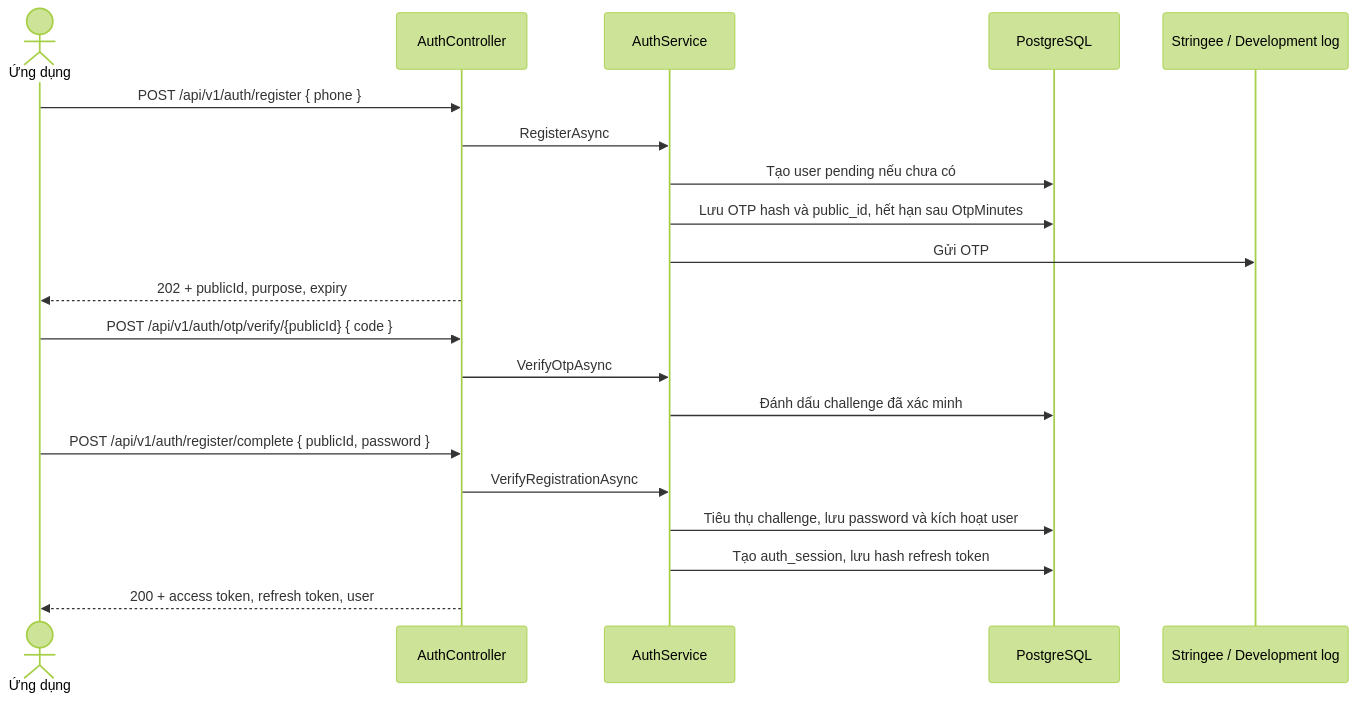
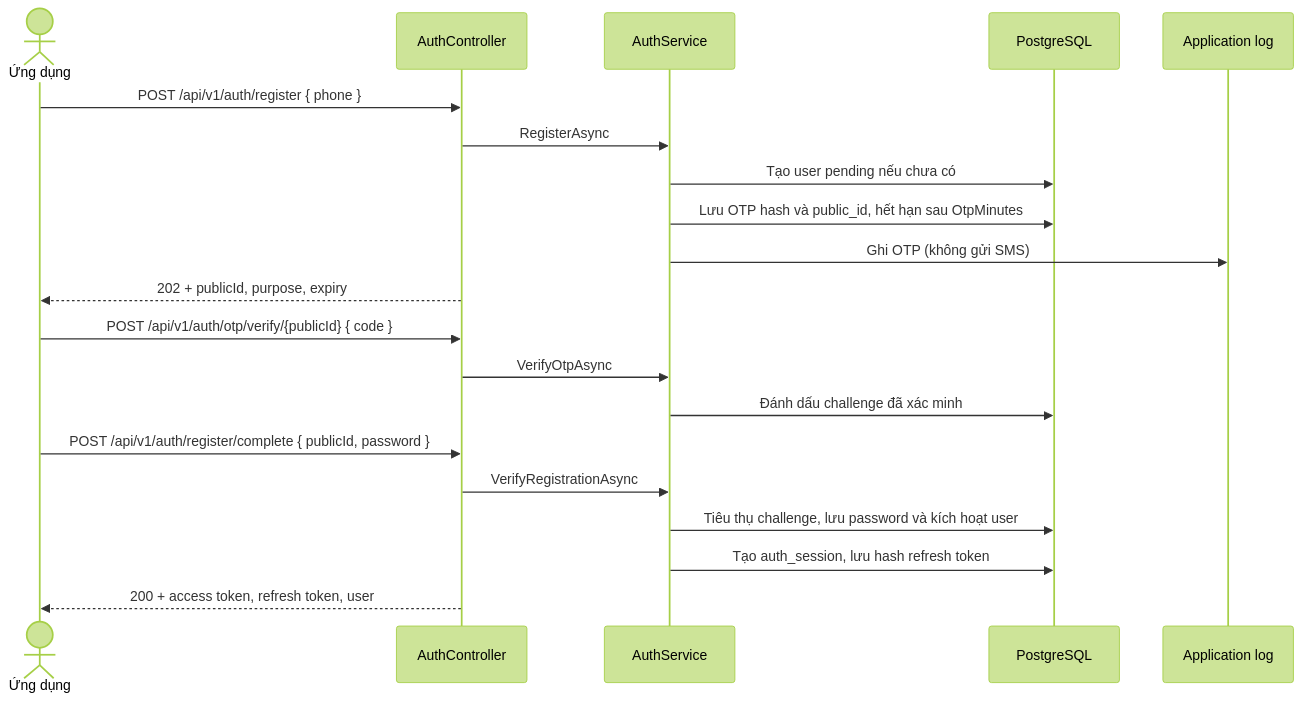
Before and after one commit to NguyenAn-25/MPHQA-Backend: the diagram in docs/auth-module/authentication.md, drawn with Mermaid (forest theme). The commit also changed other lines of this file and 14 other files, not shown here.

````diff
--- a/docs/auth-module/authentication.md
+++ b/docs/auth-module/authentication.md
@@ -7,22 +7,22 @@
 ```mermaid
 sequenceDiagram
     actor Client as Ứng dụng
     participant API as AuthController
     participant Service as AuthService
     participant DB as PostgreSQL
-    participant SMS as Stringee / Development log
+    participant Log as Application log
     Client->>API: POST /api/v1/auth/register { phone }
     API->>Service: RegisterAsync
     Service->>DB: Tạo user pending nếu chưa có
     Service->>DB: Lưu OTP hash và public_id, hết hạn sau OtpMinutes
-    Service->>SMS: Gửi OTP
+    Service->>Log: Ghi OTP (không gửi SMS)
     API-->>Client: 202 + publicId, purpose, expiry
     Client->>API: POST /api/v1/auth/otp/verify/{publicId} { code }
     API->>Service: VerifyOtpAsync
     Service->>DB: Đánh dấu challenge đã xác minh
     Client->>API: POST /api/v1/auth/register/complete { publicId, password }
     API->>Service: VerifyRegistrationAsync
     Service->>DB: Tiêu thụ challenge, lưu password và kích hoạt user
     Service->>DB: Tạo auth_session, lưu hash refresh token
     API-->>Client: 200 + access token, refresh token, user
 ```
````
